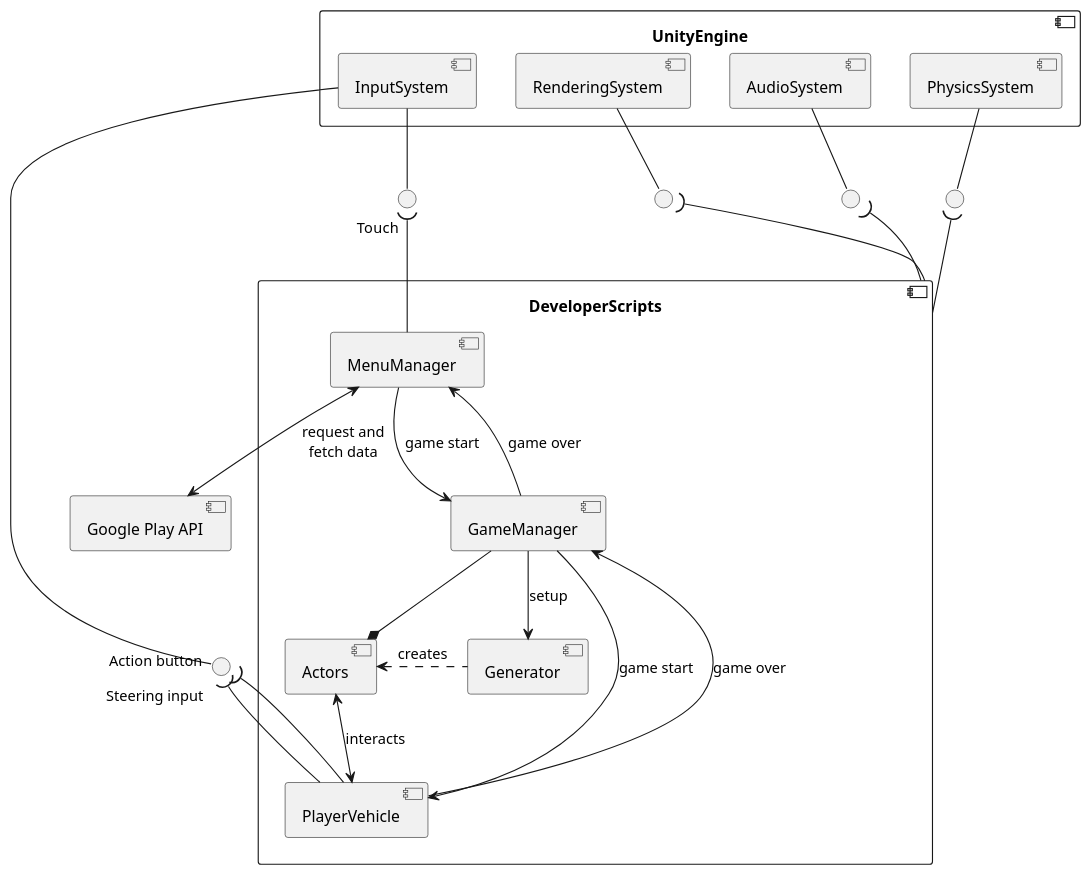
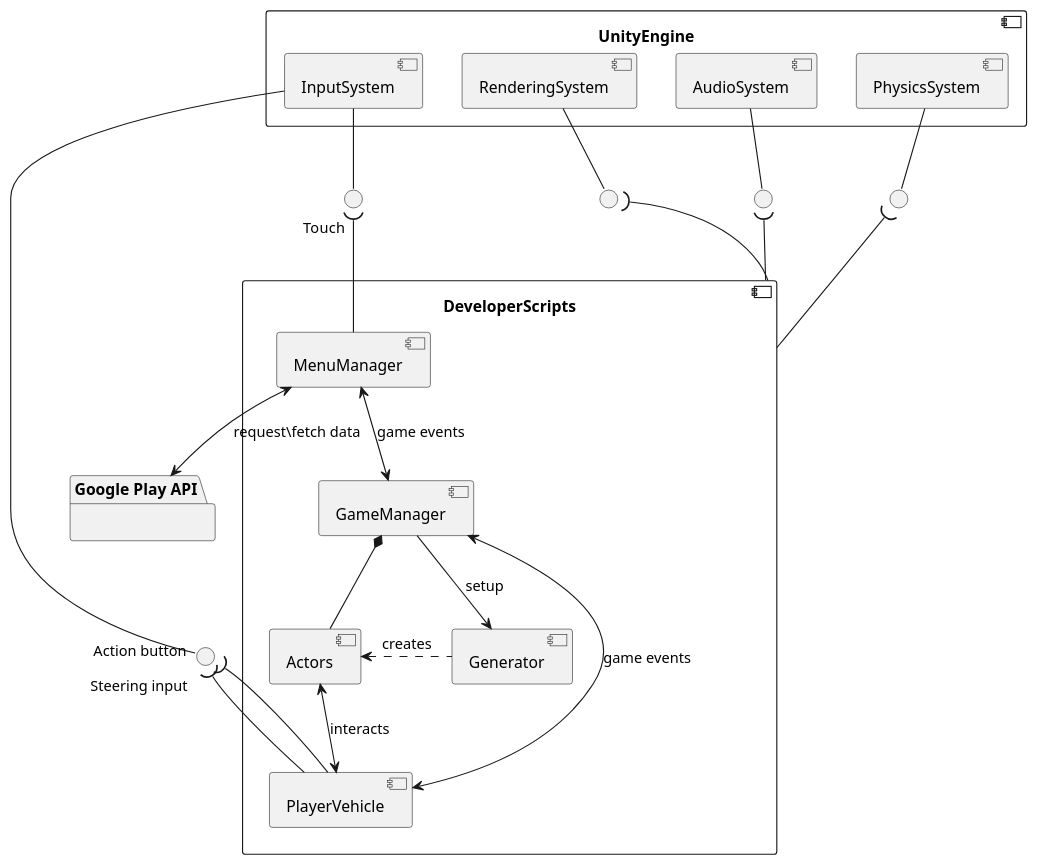
The diagram in UML/component_diagram.puml (CKTA00/Robbery_Rush_UML), drawn with PlantUML before and after one commit. The commit also changed 2 other files, not shown here.

```diff
--- a/UML/component_diagram.puml
+++ b/UML/component_diagram.puml
@@ -1,82 +1,80 @@
 @startuml
 
 
 component DeveloperScripts{
     component GameManager{
 
     }
 
     component Generator{
 
     }
 
     component MenuManager {
 
     }
 
     component PlayerVehicle{
 
     }
 
     component Actors{
 
     }
 }
 
 component UnityEngine{
     component InputSystem {
 
     }
 
     component RenderingSystem{
 
     }
 
     component AudioSystem{
 
     }
 
     component PhysicsSystem{
 
     }
 }
 
 
 () VehicleInput as " "
 () MenuInput as " "
 () Rendering as " "
 () Physics as " "
 () Audio as " "
 
 
 InputSystem -- VehicleInput
 InputSystem -- MenuInput
 
 VehicleInput "Steering input")-- PlayerVehicle
 VehicleInput "Action button")-- PlayerVehicle
 MenuInput "Touch")-- MenuManager
 
-MenuManager <--> "Google Play API": request and\nfetch data
-component "Google Play API"{
+MenuManager <--> "Google Play API": request\fetch data
+package "Google Play API"{
 
 }
 
 Rendering )-down- DeveloperScripts
 Physics )-down- DeveloperScripts
 Audio )-down- DeveloperScripts
 
-MenuManager --> GameManager: game start
-MenuManager <-- GameManager: game over
+MenuManager <--> GameManager: game events
 GameManager --> Generator: setup
-GameManager --> PlayerVehicle: game start
-GameManager <-- PlayerVehicle: game over
-GameManager --* Actors
+GameManager <--> PlayerVehicle: game events
+GameManager *-- Actors
 Generator ..l> Actors: creates
 
 Actors <--> PlayerVehicle: interacts
 
 RenderingSystem -- Rendering
 AudioSystem -- Audio
 PhysicsSystem -- Physics
 
 @enduml
```
